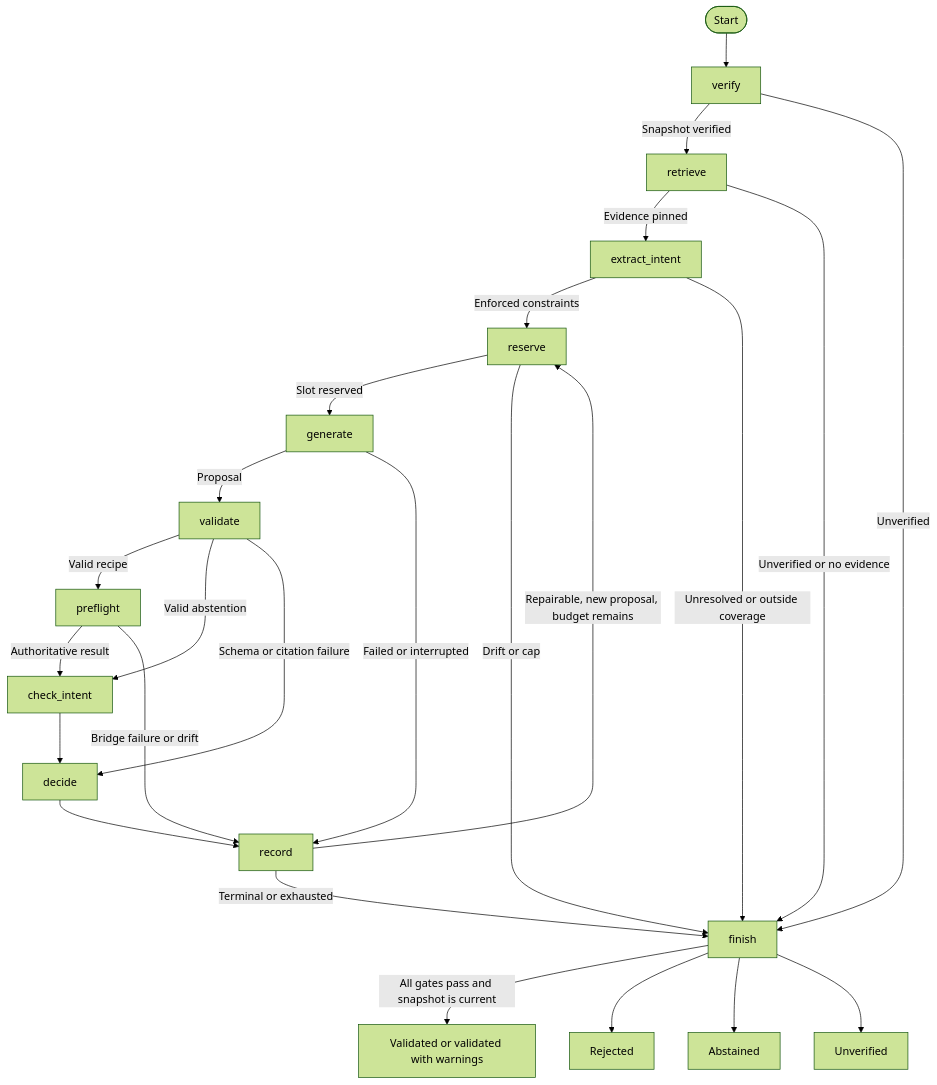
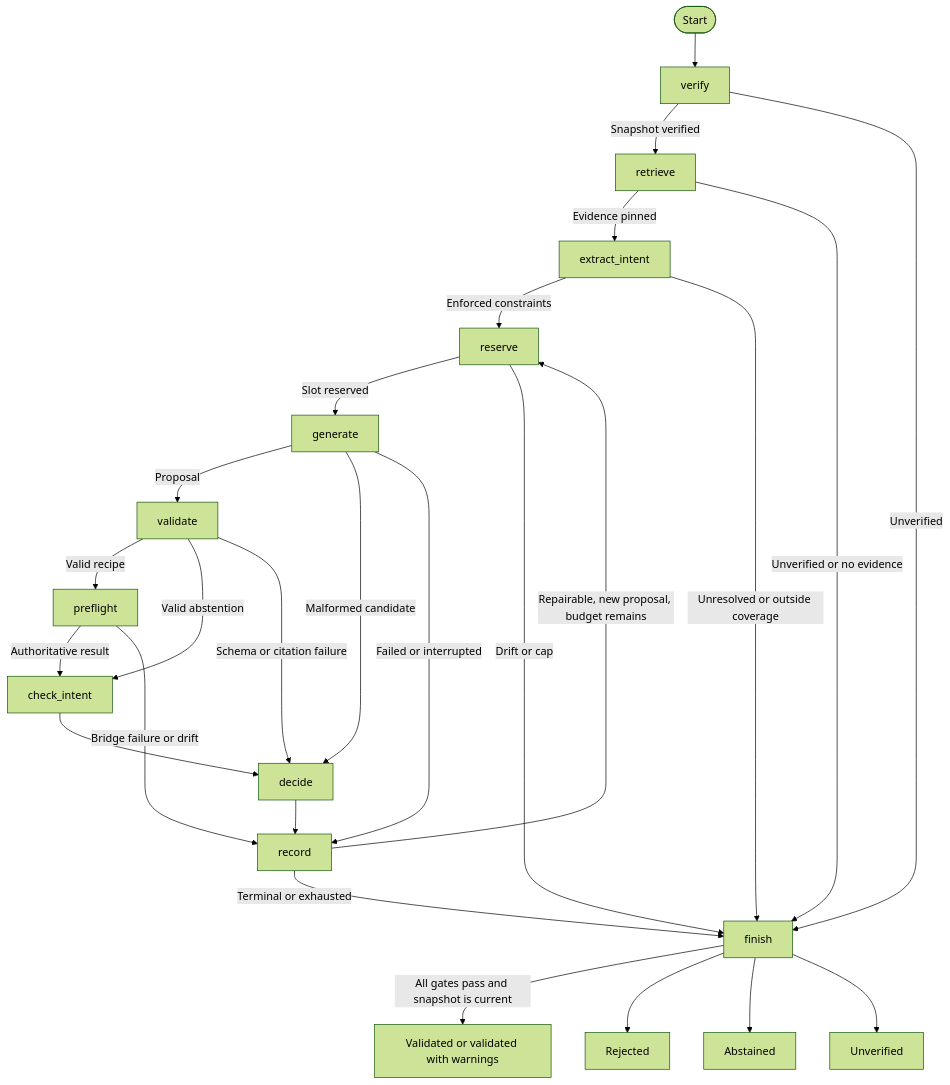
One commit to jalmqvist/argus-cli changed the diagram in docs/adr/0004-bounded-langgraph-orchestration.md. Above: the diagram before and after it, drawn with Mermaid (forest theme). The commit also changed other lines of this file and 7 other files, not shown here.

````diff
--- a/docs/adr/0004-bounded-langgraph-orchestration.md
+++ b/docs/adr/0004-bounded-langgraph-orchestration.md
@@ -35,27 +35,28 @@
 ```mermaid
 flowchart TD
     START([Start]) --> verify
     verify -->|Snapshot verified| retrieve
     retrieve -->|Evidence pinned| extract_intent
     extract_intent -->|Enforced constraints| reserve
     reserve -->|Slot reserved| generate
     generate -->|Proposal| validate
     validate -->|Valid recipe| preflight
     validate -->|Valid abstention| check_intent
     validate -->|Schema or citation failure| decide
     preflight -->|Authoritative result| check_intent
     check_intent --> decide
     decide --> record
+    generate -->|Malformed candidate| decide
     generate -->|Failed or interrupted| record
     preflight -->|Bridge failure or drift| record
     record -->|Repairable, new proposal, budget remains| reserve
     record -->|Terminal or exhausted| finish
     verify -->|Unverified| finish
     retrieve -->|Unverified or no evidence| finish
     extract_intent -->|Unresolved or outside coverage| finish
     reserve -->|Drift or cap| finish
     finish -->|All gates pass and snapshot is current| released[Validated or validated with warnings]
     finish --> rejected[Rejected]
     finish --> abstained[Abstained]
     finish --> unverified[Unverified]
 ```
````
